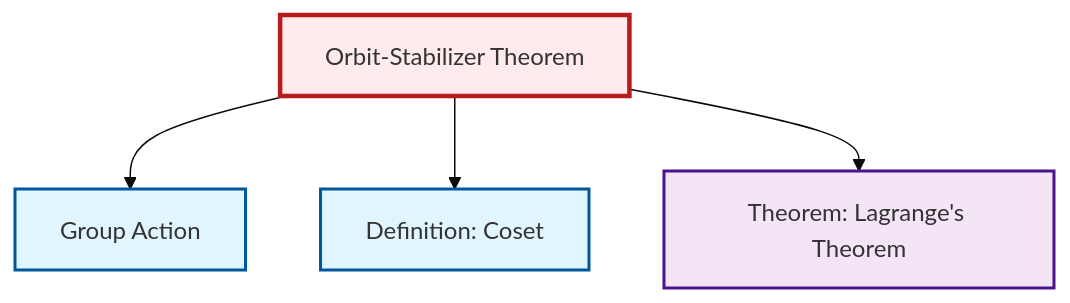
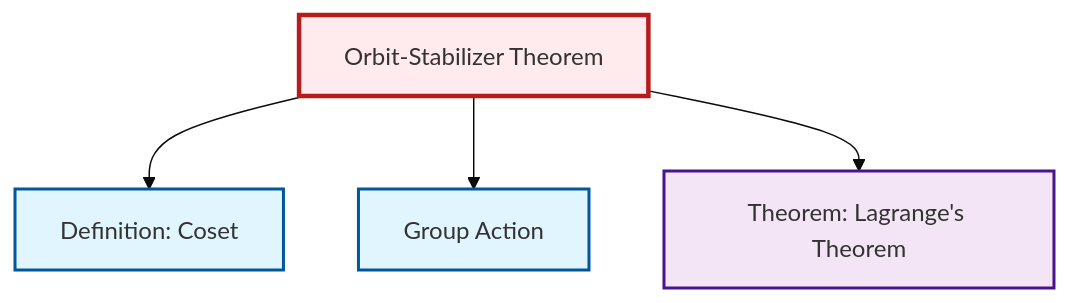
The diagram in content/en/algebra/thm-orbit-stabilizer.qmd (RK0429/ModernMath), drawn with Mermaid (base theme) before and after one commit. The commit also changed other lines of this file and 554 other files, not shown here.

````diff
--- a/content/en/algebra/thm-orbit-stabilizer.qmd
+++ b/content/en/algebra/thm-orbit-stabilizer.qmd
@@ -60,20 +60,20 @@
 ```{mermaid}
 %%| fig-cap: "Local dependency graph"
 graph TD
     classDef definition fill:#e1f5fe,stroke:#01579b,stroke-width:2px
     classDef theorem fill:#f3e5f5,stroke:#4a148c,stroke-width:2px
     classDef axiom fill:#fff3e0,stroke:#e65100,stroke-width:2px
     classDef example fill:#e8f5e9,stroke:#1b5e20,stroke-width:2px
     classDef current fill:#ffebee,stroke:#b71c1c,stroke-width:3px
     def-group-action["Group Action"]:::definition
-    def-coset["Definition: Coset"]:::definition
     thm-lagrange["Theorem: Lagrange's Theorem"]:::theorem
     thm-orbit-stabilizer["Orbit-Stabilizer Theorem"]:::theorem
+    def-coset["Definition: Coset"]:::definition
+    thm-orbit-stabilizer --> def-coset
     thm-orbit-stabilizer --> def-group-action
-    thm-orbit-stabilizer --> def-coset
     thm-orbit-stabilizer --> thm-lagrange
     class thm-orbit-stabilizer current
     click def-group-action "def-group-action.html" "Go to Group Action"
+    click thm-lagrange "thm-lagrange.html" "Go to Lagrange's Theorem theorem"
     click def-coset "def-coset.html" "Go to Coset definition"
-    click thm-lagrange "thm-lagrange.html" "Go to Lagrange's Theorem theorem"
 ```
````
